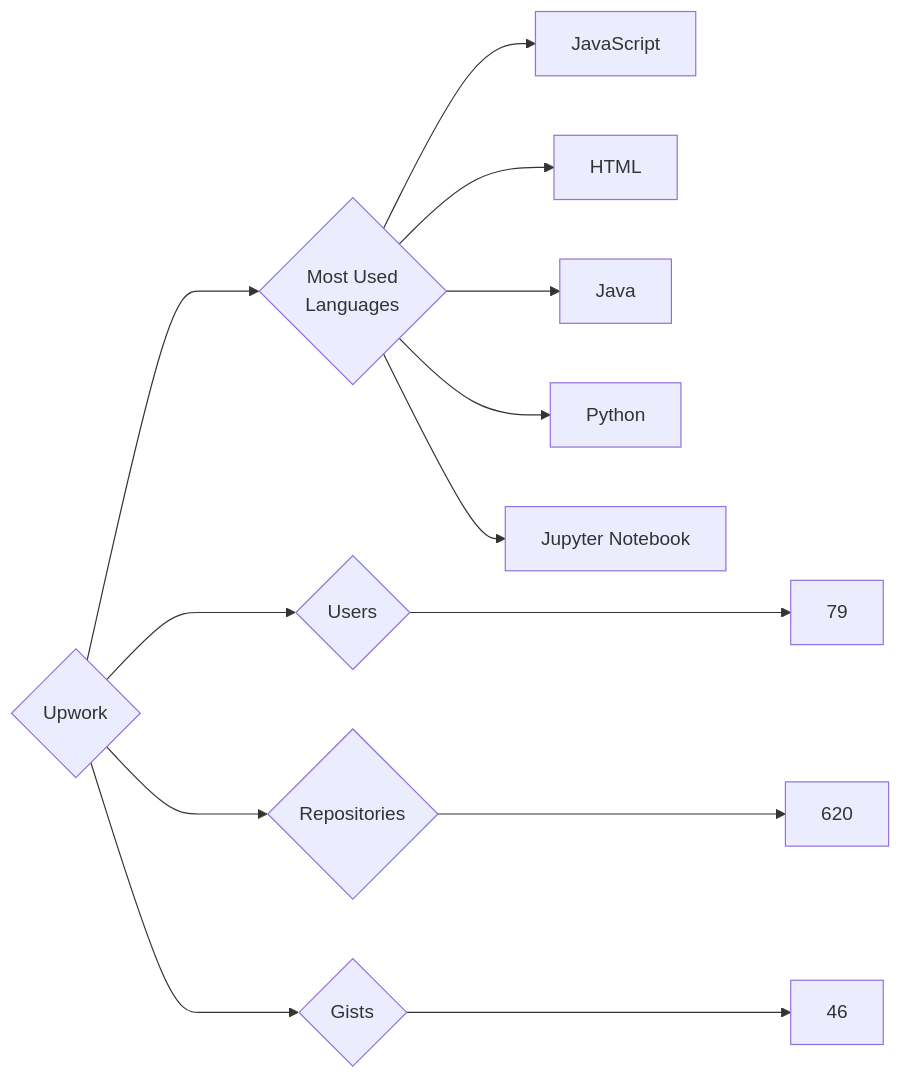
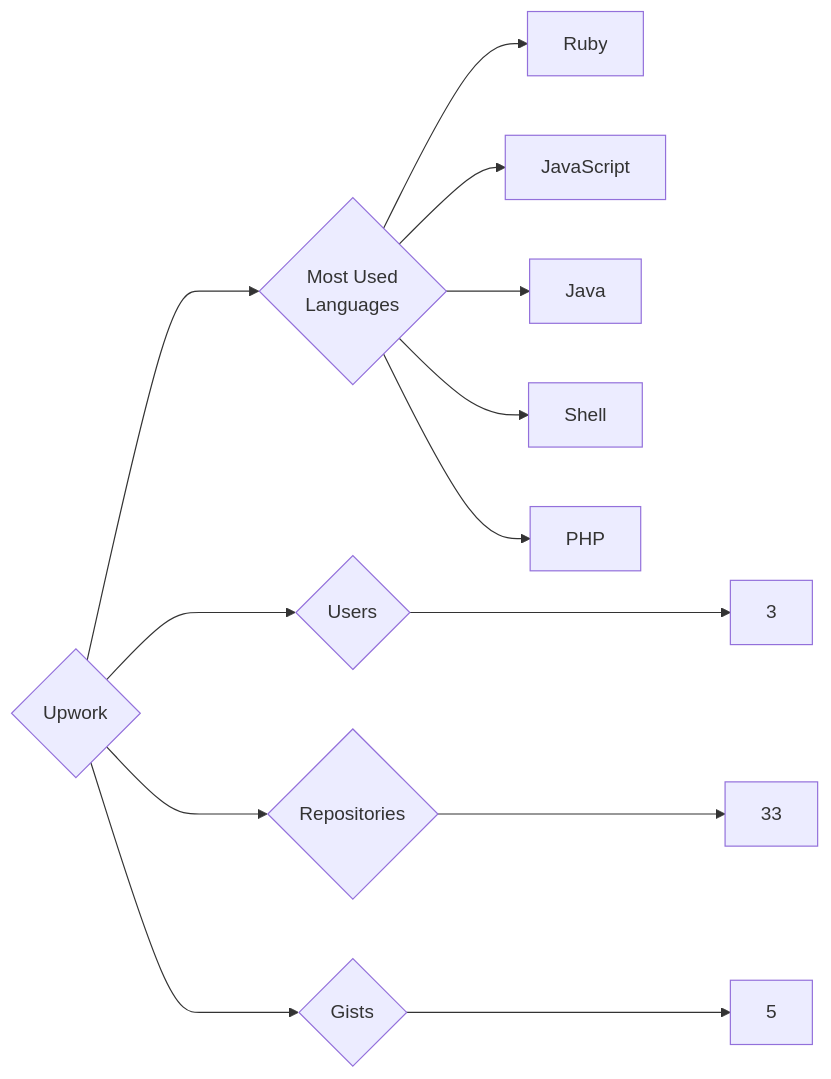
One commit to trickest/insiders changed the diagram in targets/Upwork/README.md. Above: the diagram before and after it, drawn with Mermaid. The commit also changed 814 other files, not shown here.

````diff
--- a/targets/Upwork/README.md
+++ b/targets/Upwork/README.md
@@ -3,13 +3,13 @@
 ```mermaid
 graph LR
 COMPANY_NAME{Upwork}
-COMPANY_NAME ---> U{Users} ---> UN[79]
-COMPANY_NAME ---> R{Repositories} ---> RN[620]
-COMPANY_NAME ---> G{Gists} ---> GN[46]
+COMPANY_NAME ---> U{Users} ---> UN[3]
+COMPANY_NAME ---> R{Repositories} ---> RN[33]
+COMPANY_NAME ---> G{Gists} ---> GN[5]
 COMPANY_NAME ---> ML{Most Used<br>Languages}
+ML --> Ruby[Ruby]
 ML --> JavaScript[JavaScript]
-ML --> HTML[HTML]
 ML --> Java[Java]
-ML --> Python[Python]
-ML --> Jupyter_Notebook[Jupyter Notebook]
+ML --> Shell[Shell]
+ML --> PHP[PHP]
 ```
````
